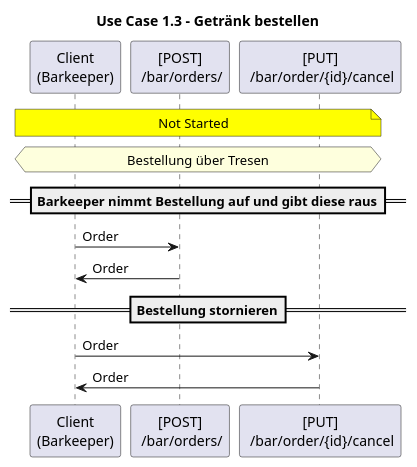
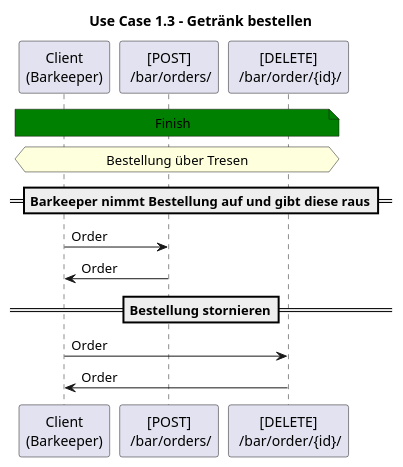
One commit to Mankianer/TresenSystem changed the fifth of 7 diagrams in docs/api-sequence-diagram/UseCase/Use-Case_1.puml. Above: the diagram before and after it, drawn with PlantUML. The commit also changed other lines of this file and 8 other files, not shown here.

```diff
--- a/docs/api-sequence-diagram/UseCase/Use-Case_1.puml
+++ b/docs/api-sequence-diagram/UseCase/Use-Case_1.puml
@@ -42,15 +42,15 @@
 @startuml
 title Use Case 1.3 - Getränk bestellen
-note across #yellow: Not Started
+note across #green: Finish
 
 hnote across: Bestellung über Tresen
 
 ==Barkeeper nimmt Bestellung auf und gibt diese raus==
 "Client\n(Barkeeper)" -> "[POST]\n /bar/orders/": Order
 "Client\n(Barkeeper)" <- "[POST]\n /bar/orders/": Order
 
 ==Bestellung stornieren==
-"Client\n(Barkeeper)" -> "[PUT]\n /bar/order/{id}/cancel": Order
-"Client\n(Barkeeper)" <- "[PUT]\n /bar/order/{id}/cancel": Order
+"Client\n(Barkeeper)" -> "[DELETE]\n /bar/order/{id}/": Order
+"Client\n(Barkeeper)" <- "[DELETE]\n /bar/order/{id}/": Order
 
 @enduml
```
